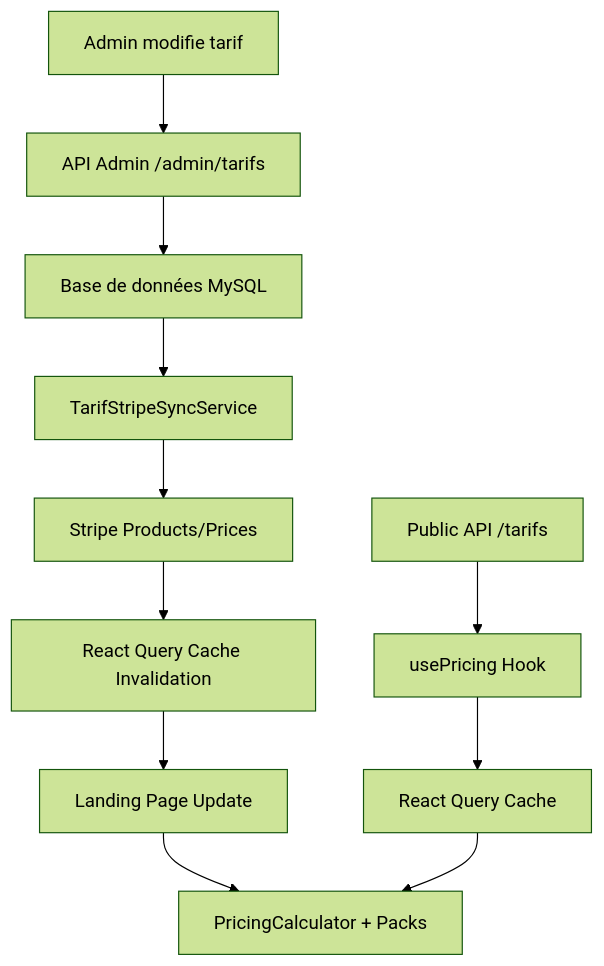
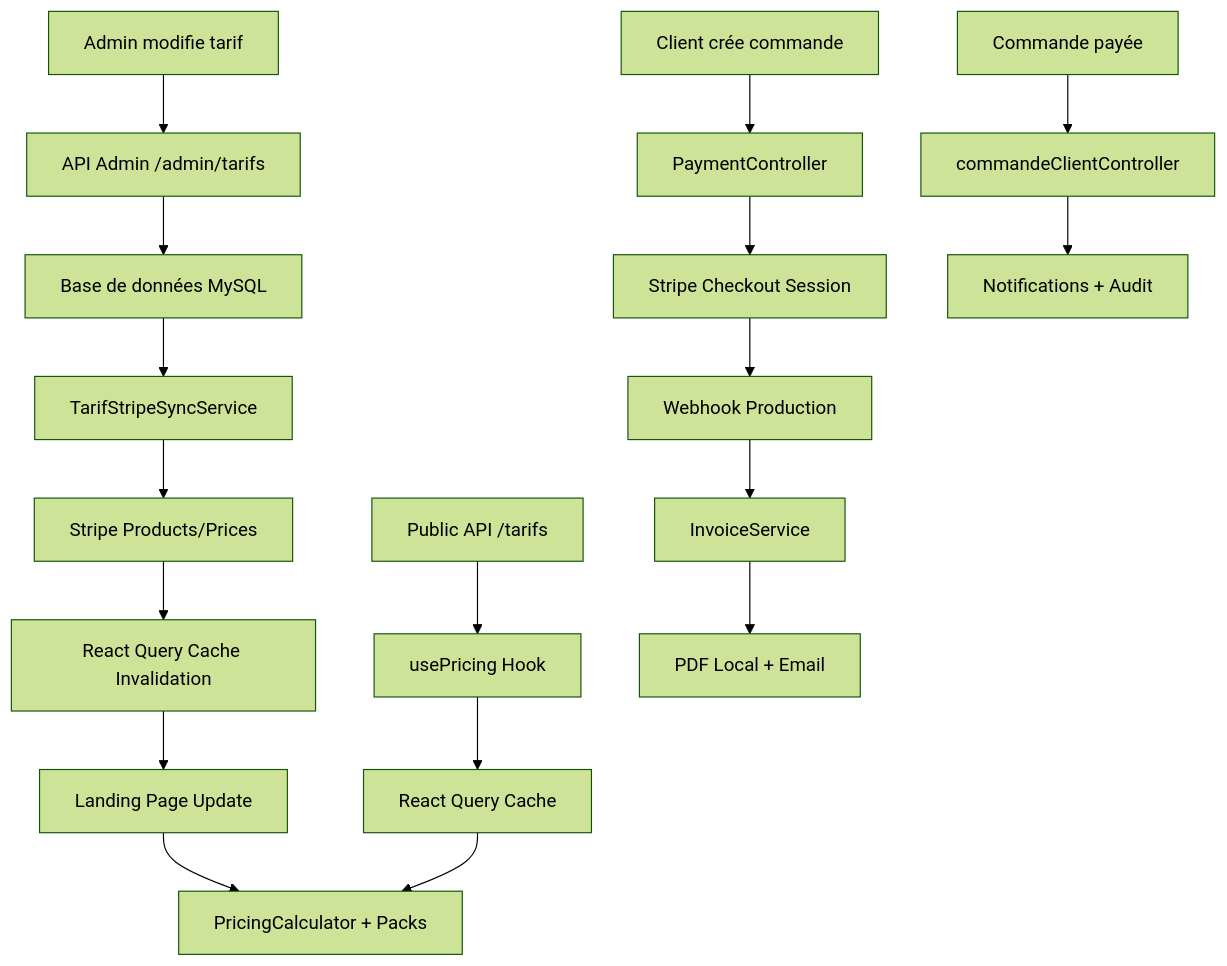
Before and after one commit to krismos64/Staka-livres: the first of 2 diagrams in docs/SYSTEME_TARIFS_COMPLET.md, drawn with Mermaid (forest theme). The commit also changed other lines of this file and 10 other files, not shown here.

````diff
--- a/docs/SYSTEME_TARIFS_COMPLET.md
+++ b/docs/SYSTEME_TARIFS_COMPLET.md
@@ -33,14 +38,23 @@
 ```mermaid
 graph TD
     A[Admin modifie tarif] --> B[API Admin /admin/tarifs]
     B --> C[Base de données MySQL]
     C --> D[TarifStripeSyncService]
     D --> E[Stripe Products/Prices]
     E --> F[React Query Cache Invalidation]
     F --> G[Landing Page Update]
     G --> H[PricingCalculator + Packs]
     
     I[Public API /tarifs] --> J[usePricing Hook]
     J --> K[React Query Cache]
     K --> H
+    
+    L[Client crée commande] --> M[PaymentController]
+    M --> N[Stripe Checkout Session]
+    N --> O[Webhook Production]
+    O --> P[InvoiceService]
+    P --> Q[PDF Local + Email]
+    
+    R[Commande payée] --> S[commandeClientController]
+    S --> T[Notifications + Audit]
 ```
````
